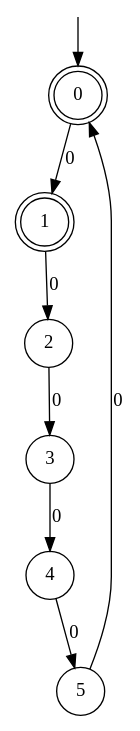
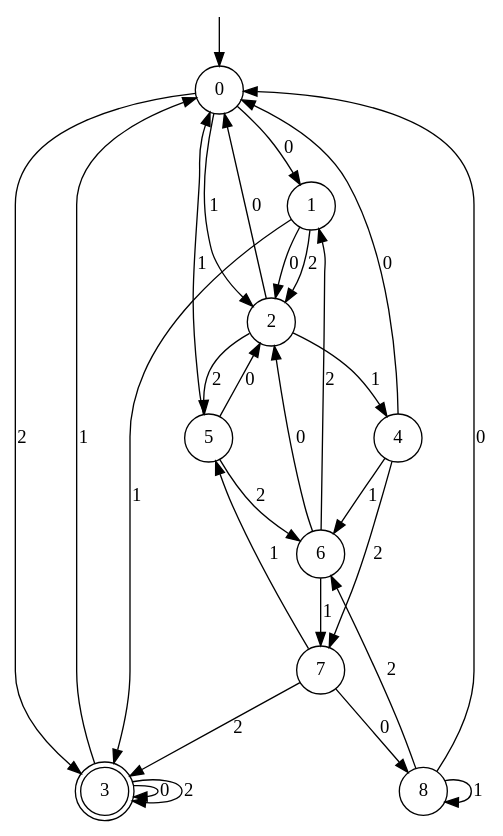
One commit to rasofema/learnlib changed the diagram in algorithms/incremental/ilstar/incremental.dot. Above: the diagram before and after it, drawn with Graphviz. The commit also changed 19 other files, not shown here.

```diff
--- a/algorithms/incremental/ilstar/incremental.dot
+++ b/algorithms/incremental/ilstar/incremental.dot
@@ -1,19 +1,43 @@
 digraph g {
 
-	s0 [shape="doublecircle" label="0"];
-	s1 [shape="doublecircle" label="1"];
+	s0 [shape="circle" label="0"];
+	s1 [shape="circle" label="1"];
 	s2 [shape="circle" label="2"];
-	s3 [shape="circle" label="3"];
+	s3 [shape="doublecircle" label="3"];
 	s4 [shape="circle" label="4"];
 	s5 [shape="circle" label="5"];
+	s6 [shape="circle" label="6"];
+	s7 [shape="circle" label="7"];
+	s8 [shape="circle" label="8"];
 	s0 -> s1 [label="0"];
+	s0 -> s2 [label="1"];
+	s0 -> s3 [label="2"];
 	s1 -> s2 [label="0"];
-	s2 -> s3 [label="0"];
-	s3 -> s4 [label="0"];
-	s4 -> s5 [label="0"];
-	s5 -> s0 [label="0"];
+	s1 -> s3 [label="1"];
+	s1 -> s2 [label="2"];
+	s2 -> s0 [label="0"];
+	s2 -> s4 [label="1"];
+	s2 -> s5 [label="2"];
+	s3 -> s3 [label="0"];
+	s3 -> s0 [label="1"];
+	s3 -> s3 [label="2"];
+	s4 -> s0 [label="0"];
+	s4 -> s6 [label="1"];
+	s4 -> s7 [label="2"];
+	s5 -> s2 [label="0"];
+	s5 -> s0 [label="1"];
+	s5 -> s6 [label="2"];
+	s6 -> s2 [label="0"];
+	s6 -> s7 [label="1"];
+	s6 -> s1 [label="2"];
+	s7 -> s8 [label="0"];
+	s7 -> s5 [label="1"];
+	s7 -> s3 [label="2"];
+	s8 -> s0 [label="0"];
+	s8 -> s8 [label="1"];
+	s8 -> s6 [label="2"];
 
 __start0 [label="" shape="none" width="0" height="0"];
 __start0 -> s0;
 
 }
```
